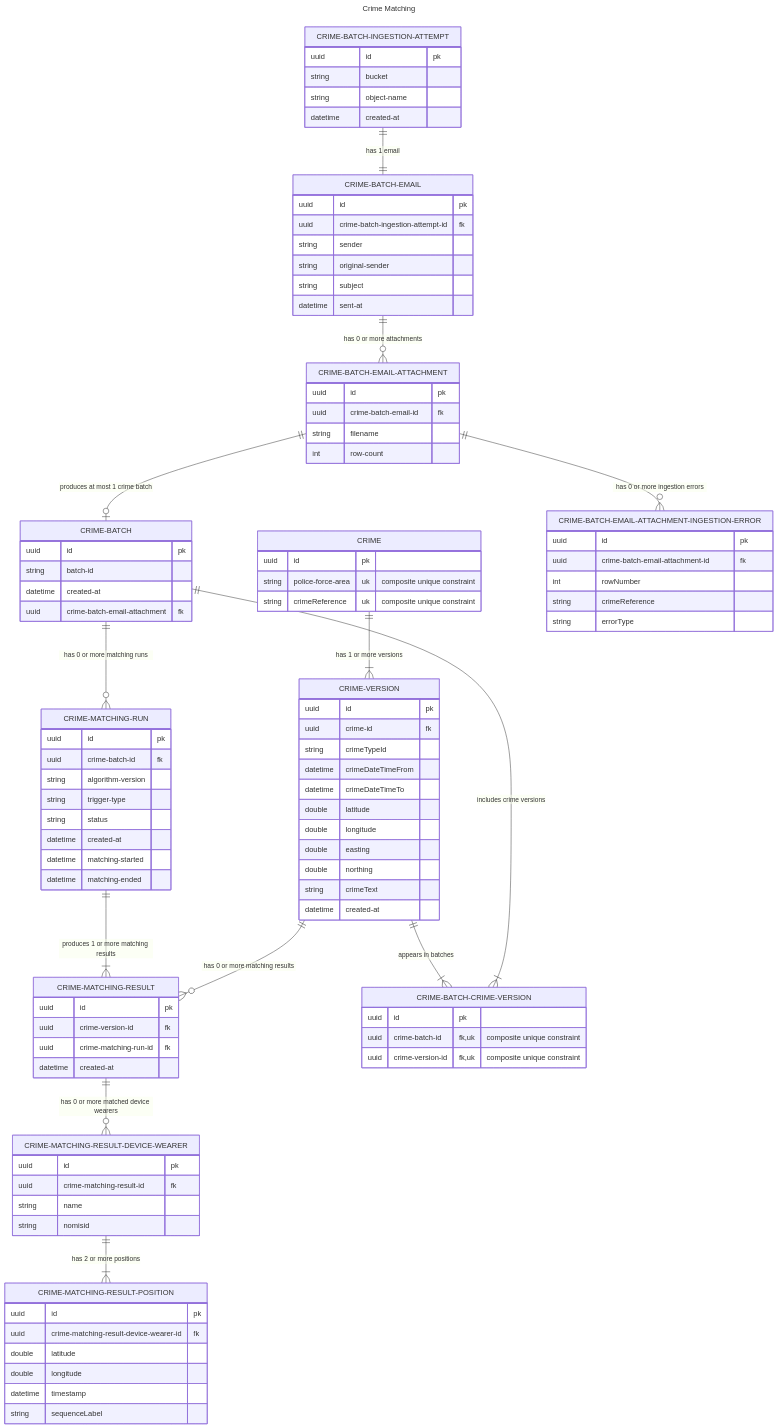
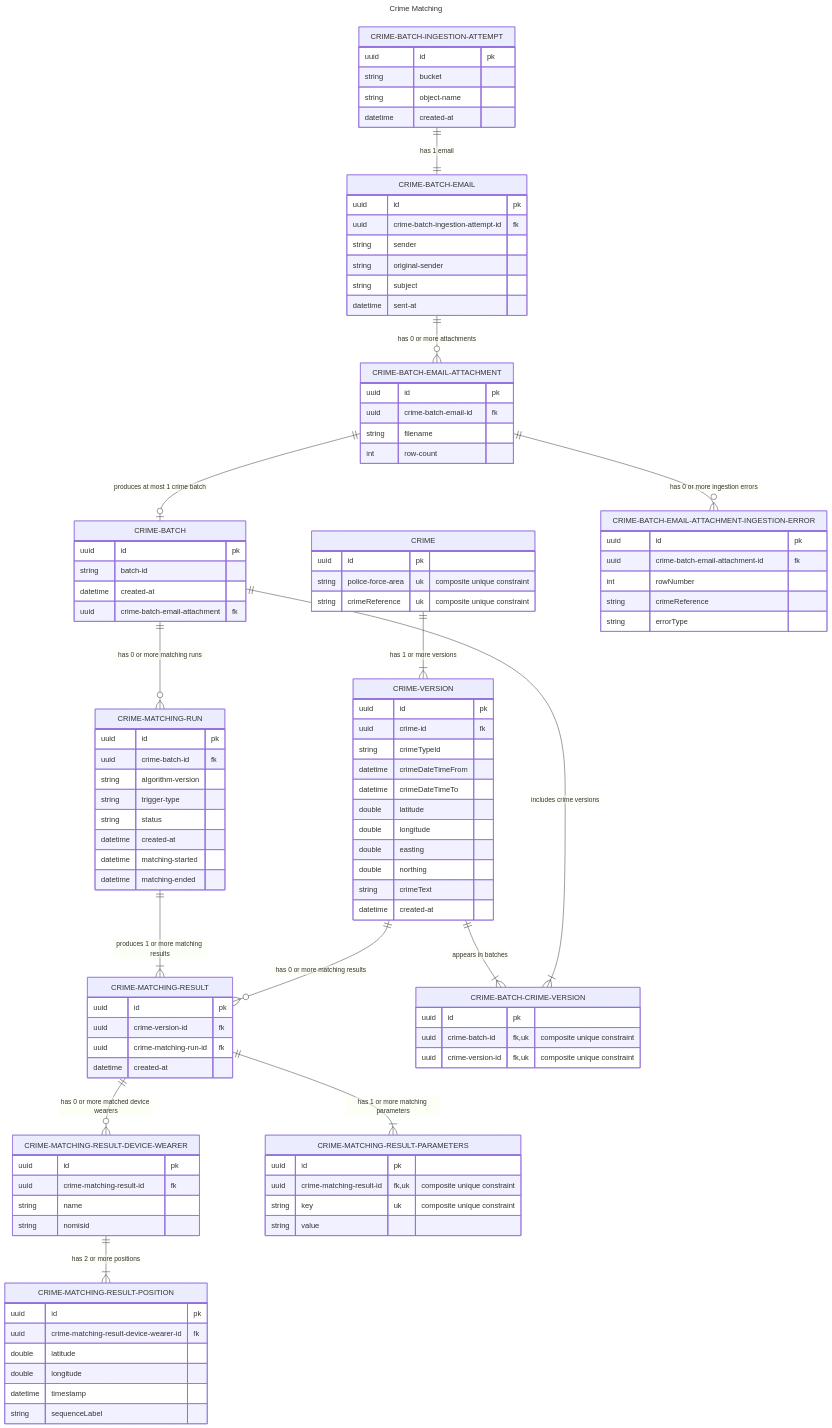
One commit to ministryofjustice/hmpps-electronic-monitoring-crime-matching-api changed the diagram in docs/model.mmd. Above: the diagram before and after it, drawn with Mermaid.

Commit message:
Reinstated CRIME-MATCHING-RESULT-PARAMETERS removed by mistake

```diff
--- a/docs/model.mmd
+++ b/docs/model.mmd
@@ -1,119 +1,127 @@
 ---
 title: Crime Matching
 ---
 erDiagram
     %% Domain
     CRIME 1 to 1+ CRIME-VERSION : "has 1 or more versions"
     CRIME-VERSION 1 to 0+ CRIME-MATCHING-RESULT : "has 0 or more matching results"
     CRIME-BATCH 1 to 1+ CRIME-BATCH-CRIME-VERSION : "includes crime versions"
     CRIME-VERSION 1 to 1+ CRIME-BATCH-CRIME-VERSION : "appears in batches"
 
     %% Ingestion
     CRIME-BATCH-EMAIL-ATTACHMENT 1 to zero or one CRIME-BATCH : "produces at most 1 crime batch"
     CRIME-BATCH-INGESTION-ATTEMPT 1 to 1 CRIME-BATCH-EMAIL : "has 1 email"
     CRIME-BATCH-EMAIL 1 to 0+ CRIME-BATCH-EMAIL-ATTACHMENT : "has 0 or more attachments"
     CRIME-BATCH-EMAIL-ATTACHMENT 1 to zero or more CRIME-BATCH-EMAIL-ATTACHMENT-INGESTION-ERROR : "has 0 or more ingestion errors"
 
     %% Matching
     CRIME-BATCH 1 to 0+ CRIME-MATCHING-RUN : "has 0 or more matching runs"
     CRIME-MATCHING-RUN 1 to 1+ CRIME-MATCHING-RESULT : "produces 1 or more matching results"
     CRIME-MATCHING-RESULT 1 to 0+ CRIME-MATCHING-RESULT-DEVICE-WEARER : "has 0 or more matched device wearers"
+    CRIME-MATCHING-RESULT 1 to 1+ CRIME-MATCHING-RESULT-PARAMETERS : "has 1 or more matching parameters"
     CRIME-MATCHING-RESULT-DEVICE-WEARER 1 to 1+ CRIME-MATCHING-RESULT-POSITION : "has 2 or more positions"
 
     CRIME-BATCH {
         uuid id pk
         string batch-id
         datetime created-at
         uuid crime-batch-email-attachment fk
     }
 
     CRIME-BATCH-CRIME-VERSION {
         uuid id pk
         uuid crime-batch-id fk, uk "composite unique constraint"
         uuid crime-version-id fk, uk "composite unique constraint"
     }
 
     CRIME-BATCH-INGESTION-ATTEMPT {
         uuid id pk
         string bucket
         string object-name
         datetime created-at
     }
 
     CRIME-BATCH-EMAIL {
         uuid id pk
         uuid crime-batch-ingestion-attempt-id fk
         string sender
         string original-sender
         string subject
         datetime sent-at
     }
 
     CRIME-BATCH-EMAIL-ATTACHMENT {
         uuid id pk
         uuid crime-batch-email-id fk
         string filename
         int row-count
     }
 
     CRIME-BATCH-EMAIL-ATTACHMENT-INGESTION-ERROR {
         uuid id pk
         uuid crime-batch-email-attachment-id fk
         int rowNumber
         string crimeReference
         string errorType
     }
 
     CRIME {
         uuid id pk
         string police-force-area uk "composite unique constraint"
         string crimeReference uk "composite unique constraint"
     }
 
     CRIME-VERSION {
         uuid id pk
         uuid crime-id fk
         string crimeTypeId
         datetime crimeDateTimeFrom
         datetime crimeDateTimeTo
         double latitude
         double longitude
         double easting
         double northing
         string crimeText
         datetime created-at
     }
 
     CRIME-MATCHING-RUN {
         uuid id pk
         uuid crime-batch-id fk
         string algorithm-version
         string trigger-type
         string status
         datetime created-at
         datetime matching-started
         datetime matching-ended
     }
 
     CRIME-MATCHING-RESULT {
         uuid id pk
         uuid crime-version-id fk
         uuid crime-matching-run-id fk
         datetime created-at
     }
 
+    CRIME-MATCHING-RESULT-PARAMETERS {
+        uuid id pk
+        uuid crime-matching-result-id fk, uk "composite unique constraint"
+        string key uk "composite unique constraint"
+        string value
+    }
+
     CRIME-MATCHING-RESULT-DEVICE-WEARER {
         uuid id pk
         uuid crime-matching-result-id fk
         string name
         string nomisid
     }
 
     CRIME-MATCHING-RESULT-POSITION {
         uuid id pk
         uuid crime-matching-result-device-wearer-id fk
         double latitude
         double longitude
         datetime timestamp
         string sequenceLabel
     }
```
